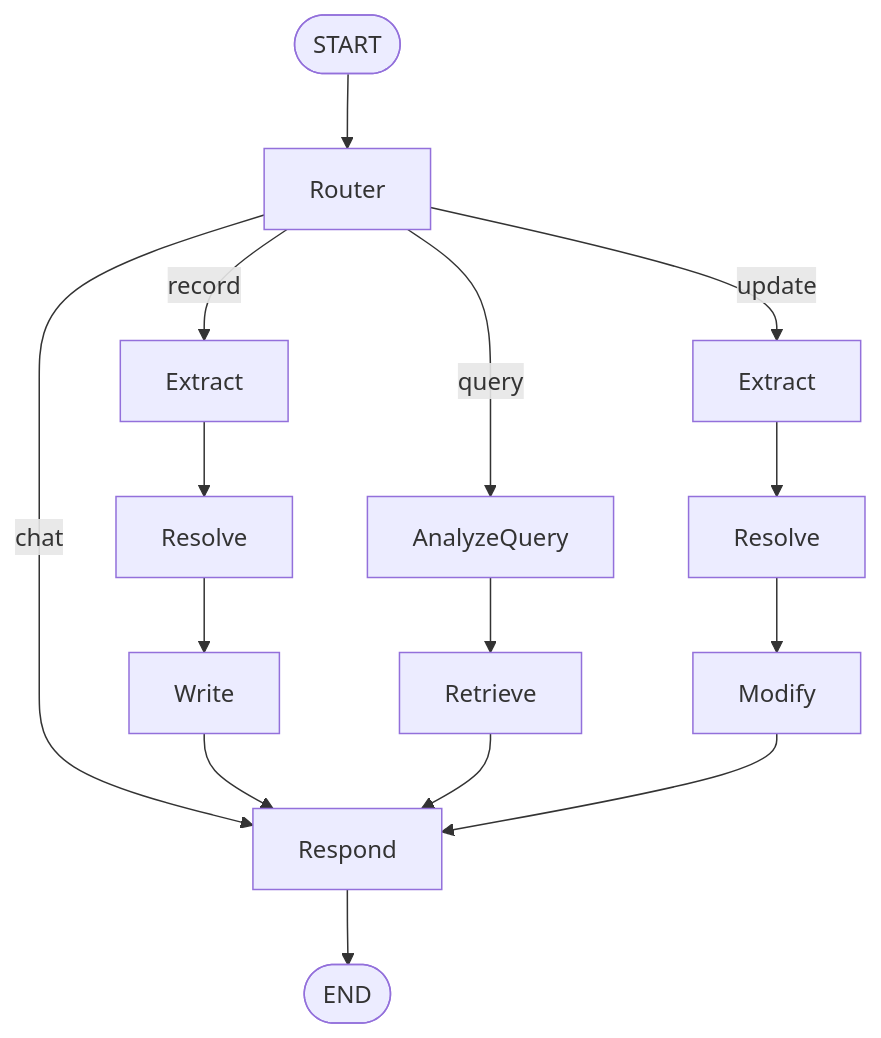
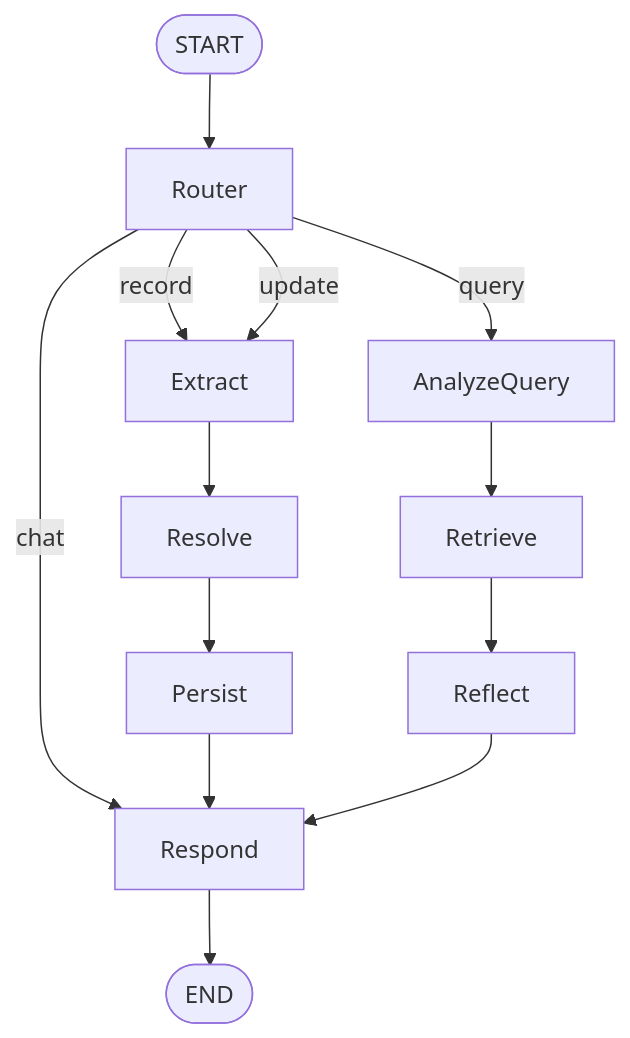
Before and after one commit to rpurser47/game_notebook: the second of 3 diagrams in docs/design.md, drawn with Mermaid. The commit also changed other lines of this file and 1 other file, not shown here.

````diff
--- a/docs/design.md
+++ b/docs/design.md
@@ -160,23 +163,20 @@
 ```mermaid
 flowchart TD
     START([START]) --> Router
 
-    Router -->|record| Extract_R[Extract]
+    Router -->|record| Extract
     Router -->|query| AnalyzeQuery
-    Router -->|update| Extract_U[Extract]
+    Router -->|update| Extract
     Router -->|chat| Respond
 
-    Extract_R --> Resolve_R[Resolve]
-    Resolve_R --> Write
+    Extract --> Resolve
+    Resolve --> Persist
 
     AnalyzeQuery --> Retrieve
+    Retrieve --> Reflect
 
-    Extract_U --> Resolve_U[Resolve]
-    Resolve_U --> Modify
-
-    Write --> Respond
-    Retrieve --> Respond
-    Modify --> Respond
+    Persist --> Respond
+    Reflect --> Respond
 
     Respond --> END([END])
 ```
````
